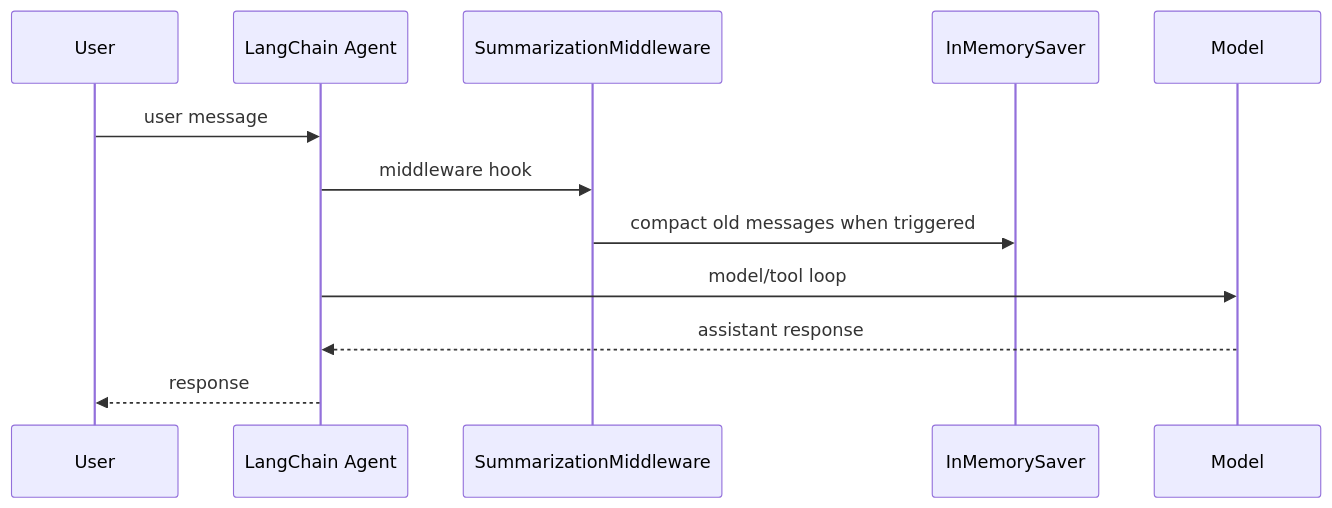
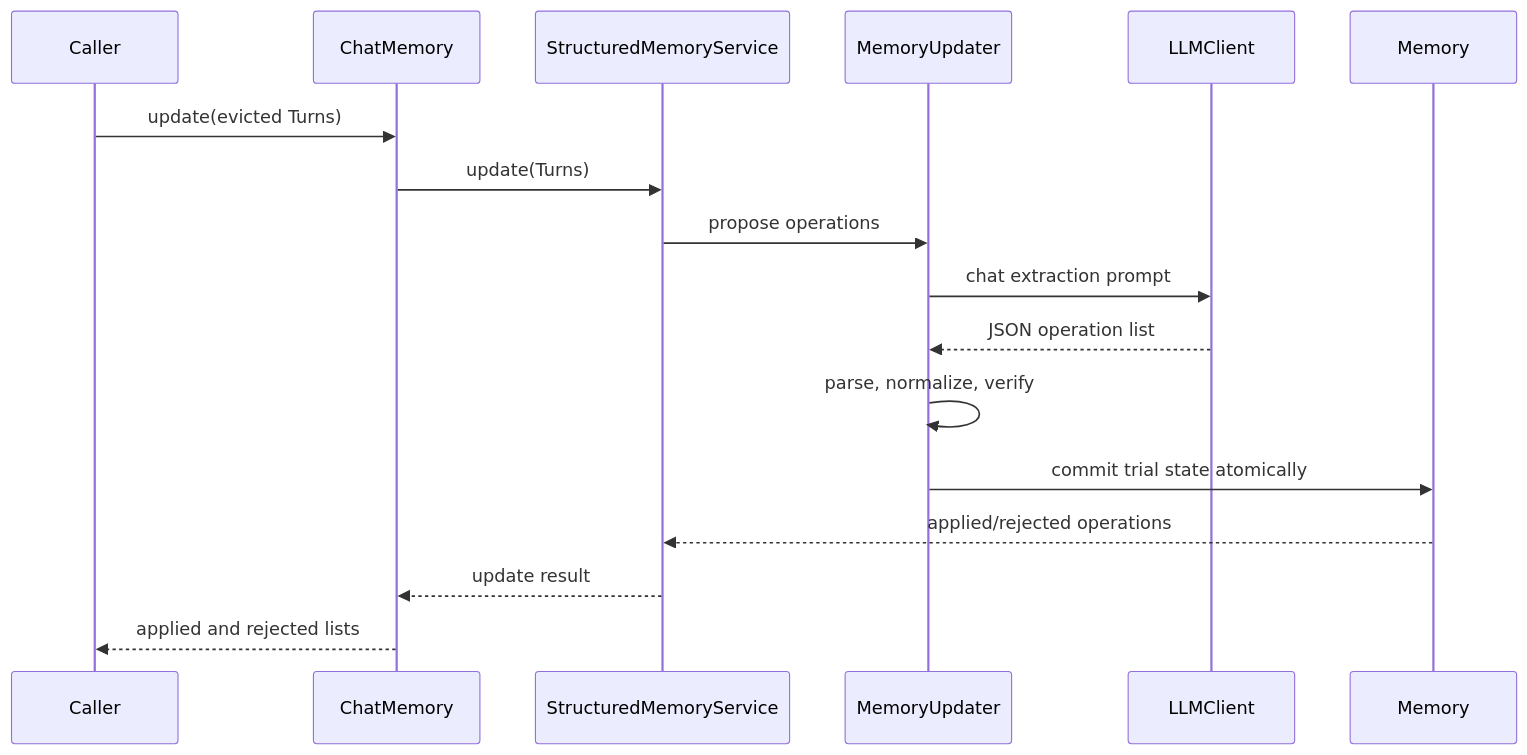
One commit to sandy1990418/MemoryAgent changed the second of 3 diagrams in ARCHITECTURE.md. Above: the diagram before and after it, drawn with Mermaid. The commit also changed other lines of this file and 20 other files, not shown here.

````diff
--- a/ARCHITECTURE.md
+++ b/ARCHITECTURE.md
@@ -194,15 +69,20 @@
 ```mermaid
 sequenceDiagram
-    participant U as User
-    participant A as LangChain Agent
-    participant S as SummarizationMiddleware
-    participant C as InMemorySaver
-    participant M as Model
+  participant C as Caller
+  participant F as ChatMemory
+  participant S as StructuredMemoryService
+  participant U as MemoryUpdater
+  participant L as LLMClient
+  participant M as Memory
 
-    U->>A: user message
-    A->>S: middleware hook
-    S->>C: compact old messages when triggered
-    A->>M: model/tool loop
-    M-->>A: assistant response
-    A-->>U: response
+  C->>F: update(evicted Turns)
+  F->>S: update(Turns)
+  S->>U: propose operations
+  U->>L: chat extraction prompt
+  L-->>U: JSON operation list
+  U->>U: parse, normalize, verify
+  U->>M: commit trial state atomically
+  M-->>S: applied/rejected operations
+  S-->>F: update result
+  F-->>C: applied and rejected lists
 ```
````
